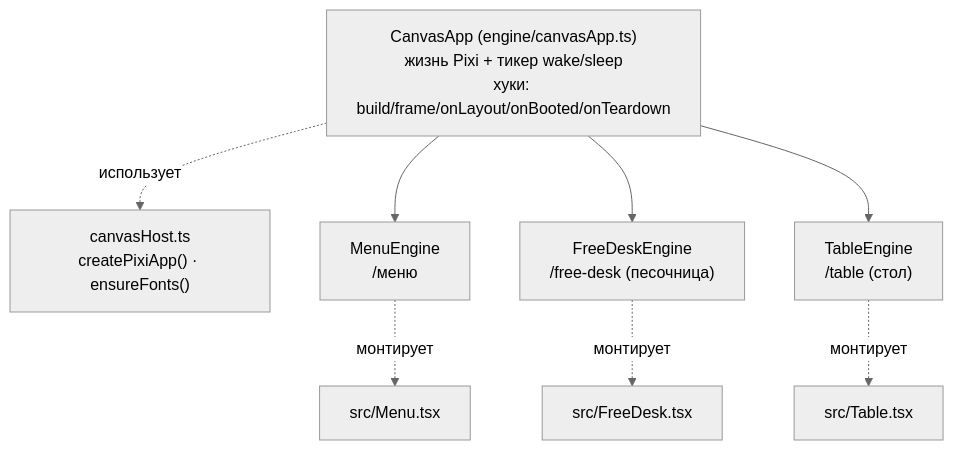
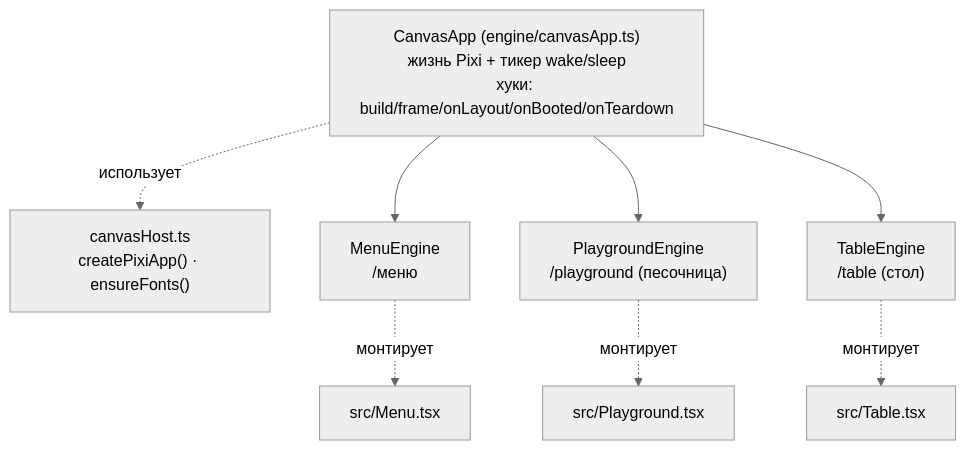
The first of 2 diagrams in client2/docs/atoms-map.md (erbcreedok/crossade-deck), drawn with Mermaid (neutral theme) before and after one commit. The commit also changed other lines of this file and 28 other files, not shown here.

First line of the commit message:
refactor(client2): freeDesk → playground — сущность/движок/роут (#20)

````diff
--- a/client2/docs/atoms-map.md
+++ b/client2/docs/atoms-map.md
@@ -35,12 +35,12 @@
 ```mermaid
 graph TD
   Host["CanvasApp (engine/canvasApp.ts)<br/>жизнь Pixi + тикер wake/sleep<br/>хуки: build/frame/onLayout/onBooted/onTeardown"]
   helper["canvasHost.ts<br/>createPixiApp() · ensureFonts()"]
   Host -. использует .-> helper
   Host --> Menu["MenuEngine<br/>/меню"]
-  Host --> Free["FreeDeskEngine<br/>/free-desk (песочница)"]
+  Host --> Free["PlaygroundEngine<br/>/playground (песочница)"]
   Host --> Table["TableEngine<br/>/table (стол)"]
   Menu -.монтирует.-> MenuTsx["src/Menu.tsx"]
-  Free -.монтирует.-> FreeTsx["src/FreeDesk.tsx"]
+  Free -.монтирует.-> FreeTsx["src/Playground.tsx"]
   Table -.монтирует.-> TableTsx["src/Table.tsx"]
 ```
````
